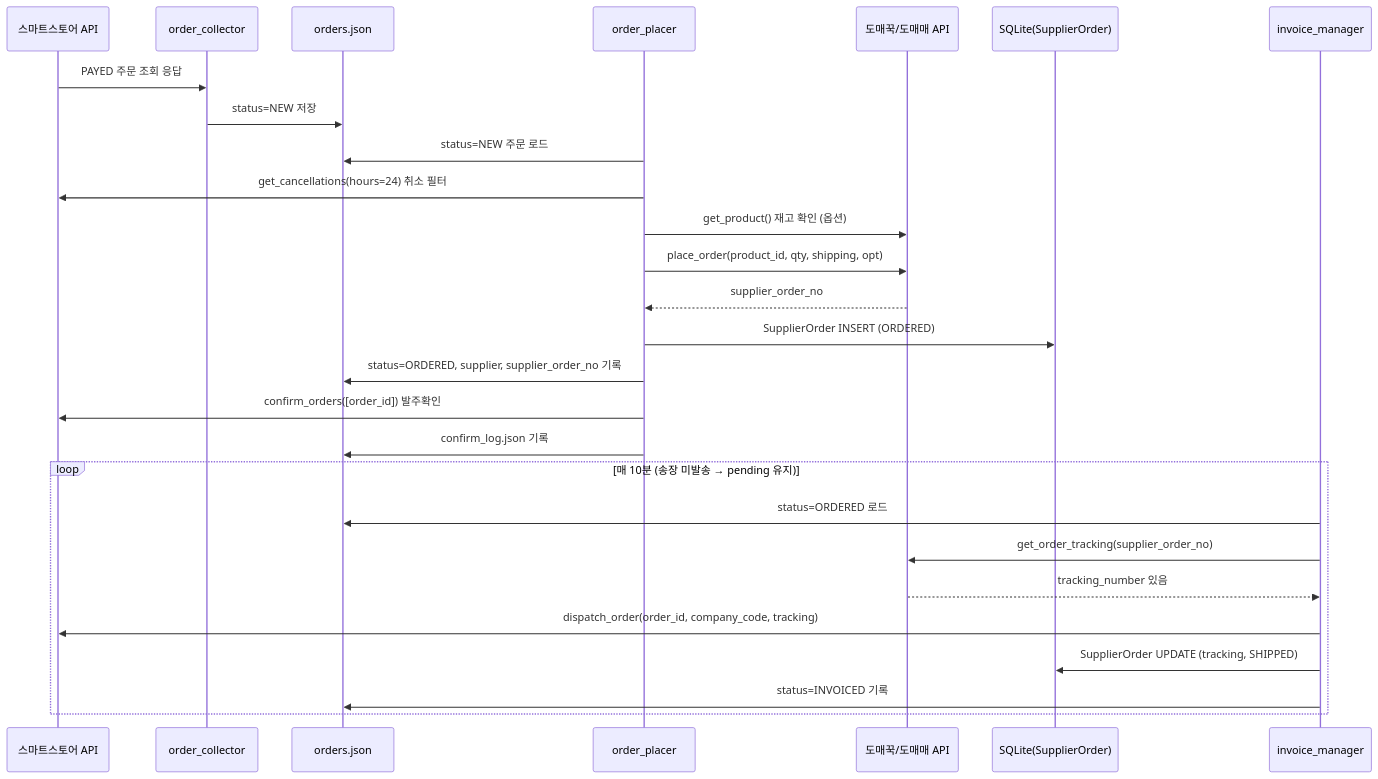
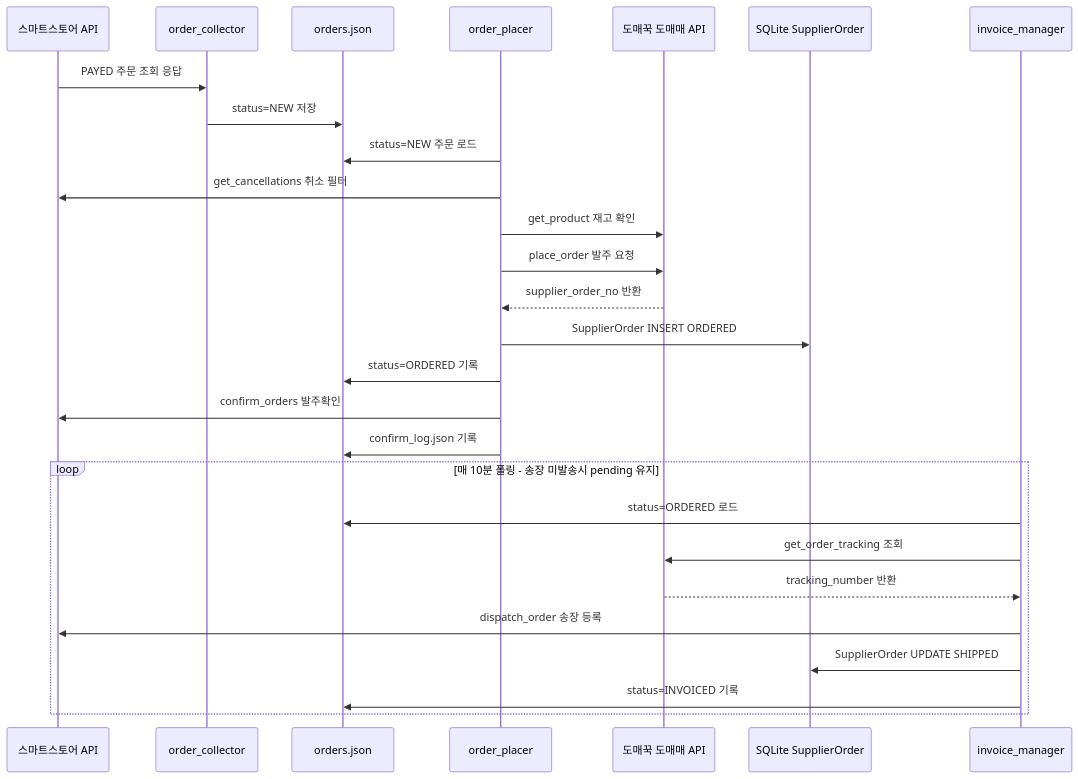
The seventh of 9 diagrams in SYSTEM_MASTER_SPEC.md (pkeom/pkeom), drawn with Mermaid before and after one commit. The commit also changed other lines of this file, not shown here.

First line of the commit message:
fix: SYSTEM_MASTER_SPEC.md Mermaid 다이어그램 문법 오류 전체 수정

````diff
--- a/SYSTEM_MASTER_SPEC.md
+++ b/SYSTEM_MASTER_SPEC.md
@@ -1535,32 +1535,32 @@
 ```mermaid
 sequenceDiagram
     participant SS as 스마트스토어 API
     participant COL as order_collector
     participant DB_J as orders.json
     participant PLC as order_placer
-    participant DK as 도매꾹/도매매 API
-    participant DB_S as SQLite(SupplierOrder)
+    participant DK as 도매꾹 도매매 API
+    participant DB_S as SQLite SupplierOrder
     participant INV as invoice_manager
 
     SS->>COL: PAYED 주문 조회 응답
     COL->>DB_J: status=NEW 저장
 
     PLC->>DB_J: status=NEW 주문 로드
-    PLC->>SS: get_cancellations(hours=24) 취소 필터
-    PLC->>DK: get_product() 재고 확인 (옵션)
-    PLC->>DK: place_order(product_id, qty, shipping, opt)
-    DK-->>PLC: supplier_order_no
-    PLC->>DB_S: SupplierOrder INSERT (ORDERED)
-    PLC->>DB_J: status=ORDERED, supplier, supplier_order_no 기록
-    PLC->>SS: confirm_orders([order_id]) 발주확인
+    PLC->>SS: get_cancellations 취소 필터
+    PLC->>DK: get_product 재고 확인
+    PLC->>DK: place_order 발주 요청
+    DK-->>PLC: supplier_order_no 반환
+    PLC->>DB_S: SupplierOrder INSERT ORDERED
+    PLC->>DB_J: status=ORDERED 기록
+    PLC->>SS: confirm_orders 발주확인
     PLC->>DB_J: confirm_log.json 기록
 
-    loop 매 10분 (송장 미발송 → pending 유지)
+    loop 매 10분 폴링 - 송장 미발송시 pending 유지
         INV->>DB_J: status=ORDERED 로드
-        INV->>DK: get_order_tracking(supplier_order_no)
-        DK-->>INV: tracking_number 있음
-        INV->>SS: dispatch_order(order_id, company_code, tracking)
-        INV->>DB_S: SupplierOrder UPDATE (tracking, SHIPPED)
+        INV->>DK: get_order_tracking 조회
+        DK-->>INV: tracking_number 반환
+        INV->>SS: dispatch_order 송장 등록
+        INV->>DB_S: SupplierOrder UPDATE SHIPPED
         INV->>DB_J: status=INVOICED 기록
     end
 ```
````
